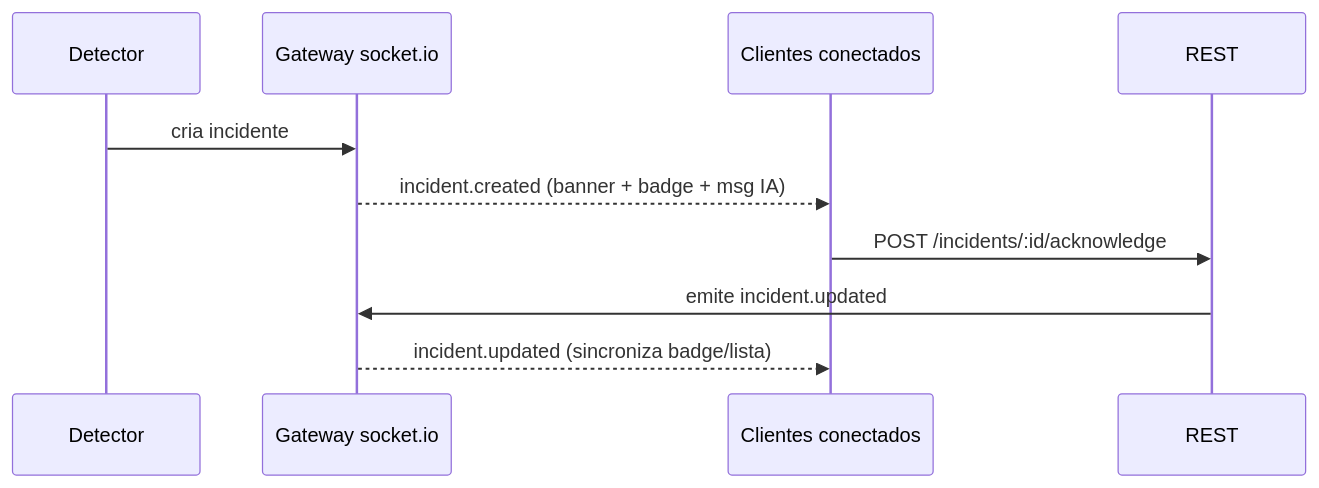
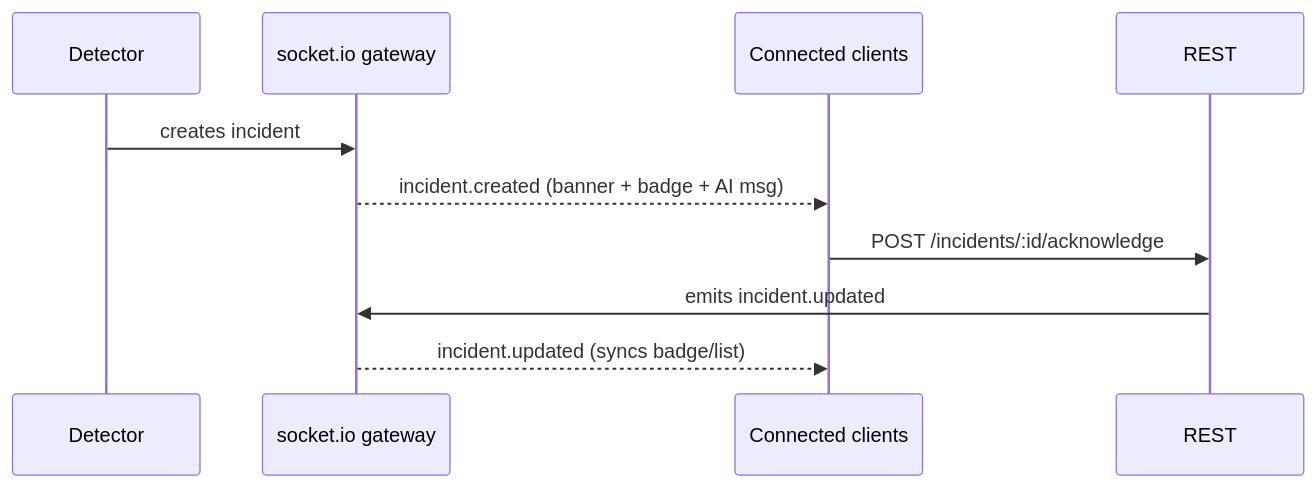
The third of 3 diagrams in .context/docs/data-flow.md (NicollasFrazao/atena), drawn with Mermaid before and after one commit. The commit also changed other lines of this file and 339 other files, not shown here.

````diff
--- a/.context/docs/data-flow.md
+++ b/.context/docs/data-flow.md
@@ -155,12 +155,12 @@
 ```mermaid
 sequenceDiagram
     participant DET as Detector
-    participant WS as Gateway socket.io
-    participant FE as Clientes conectados
+    participant WS as socket.io gateway
+    participant FE as Connected clients
     participant API as REST
-    DET->>WS: cria incidente
-    WS-->>FE: incident.created (banner + badge + msg IA)
+    DET->>WS: creates incident
+    WS-->>FE: incident.created (banner + badge + AI msg)
     FE->>API: POST /incidents/:id/acknowledge
-    API->>WS: emite incident.updated
-    WS-->>FE: incident.updated (sincroniza badge/lista)
+    API->>WS: emits incident.updated
+    WS-->>FE: incident.updated (syncs badge/list)
 ```
````
